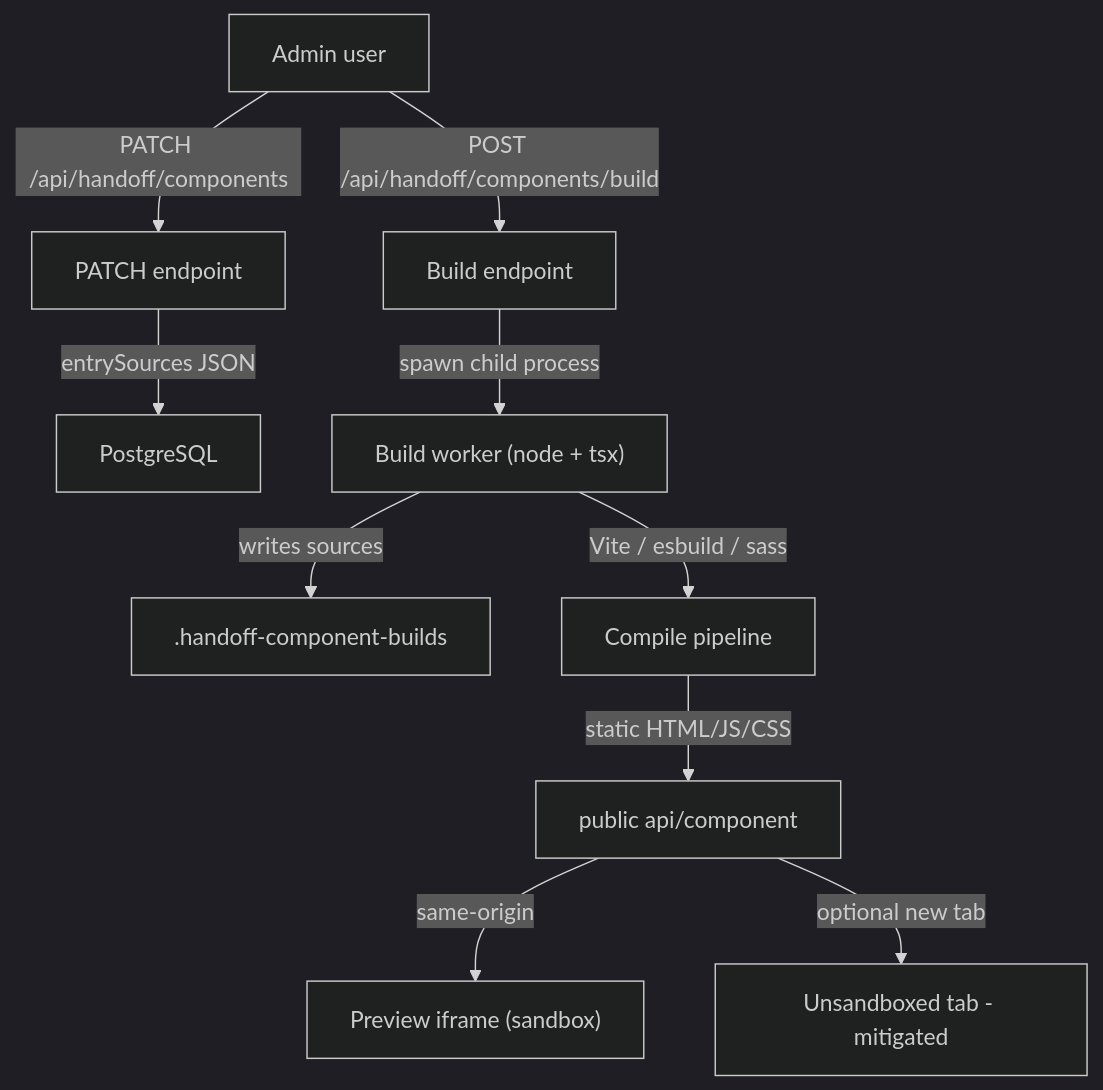
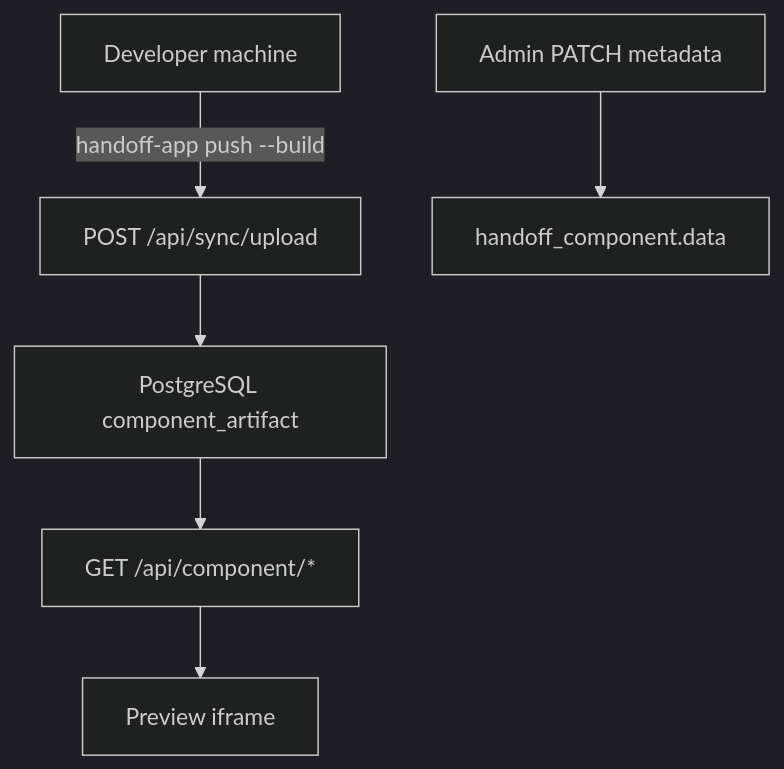
The diagram in docs/SECURITY-COMPONENT-BUILDS.md (Convertiv/handoff-next), drawn with Mermaid (dark theme) before and after one commit. The commit also changed other lines of this file and 27 other files, not shown here.

Commit message:
Removing build pattern and working to create a metadata only local build push

````diff
--- a/docs/SECURITY-COMPONENT-BUILDS.md
+++ b/docs/SECURITY-COMPONENT-BUILDS.md
@@ -7,12 +13,8 @@
 ```mermaid
 flowchart TD
-    Editor["Admin user"] -->|"PATCH /api/handoff/components"| PatchAPI["PATCH endpoint"]
-    Editor -->|"POST /api/handoff/components/build"| BuildAPI["Build endpoint"]
-    PatchAPI -->|"entrySources JSON"| DB["PostgreSQL"]
-    BuildAPI -->|"spawn child process"| Worker["Build worker (node + tsx)"]
-    Worker -->|"writes sources"| Disk[".handoff-component-builds"]
-    Worker -->|"Vite / esbuild / sass"| Compile["Compile pipeline"]
-    Compile -->|"static HTML/JS/CSS"| PublicDir["public api/component"]
-    PublicDir -->|"same-origin"| Iframe["Preview iframe (sandbox)"]
-    PublicDir -->|"optional new tab"| NewTab["Unsandboxed tab - mitigated"]
+  Dev["Developer machine"] -->|"handoff-app push --build"| Upload["POST /api/sync/upload"]
+  Upload --> DB["PostgreSQL component_artifact"]
+  DB --> Serve["GET /api/component/*"]
+  Serve --> Iframe["Preview iframe"]
+  Admin["Admin PATCH metadata"] --> DBMeta["handoff_component.data"]
 ```
````
